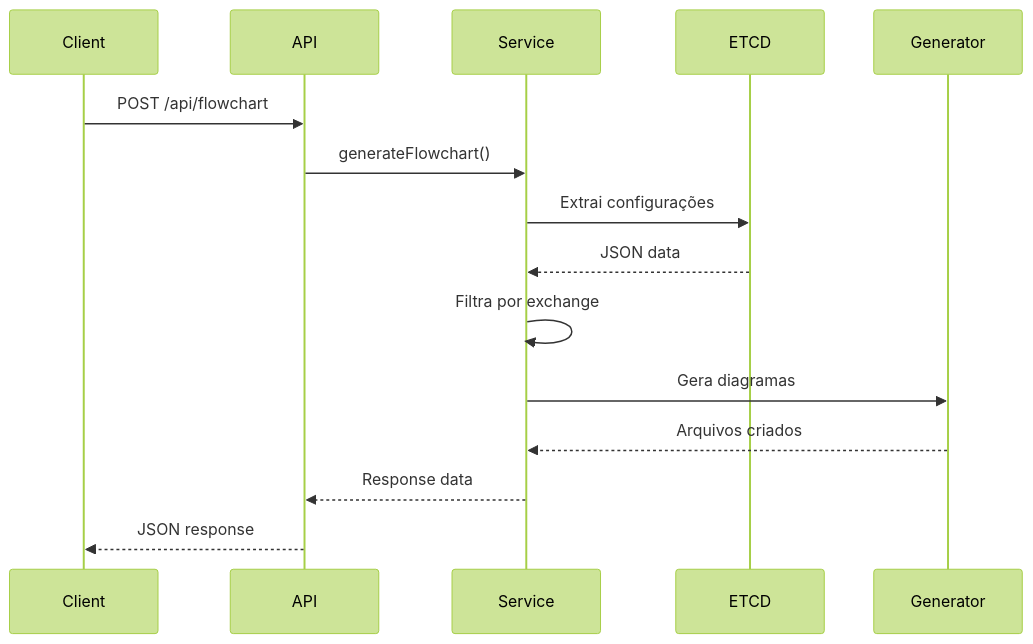
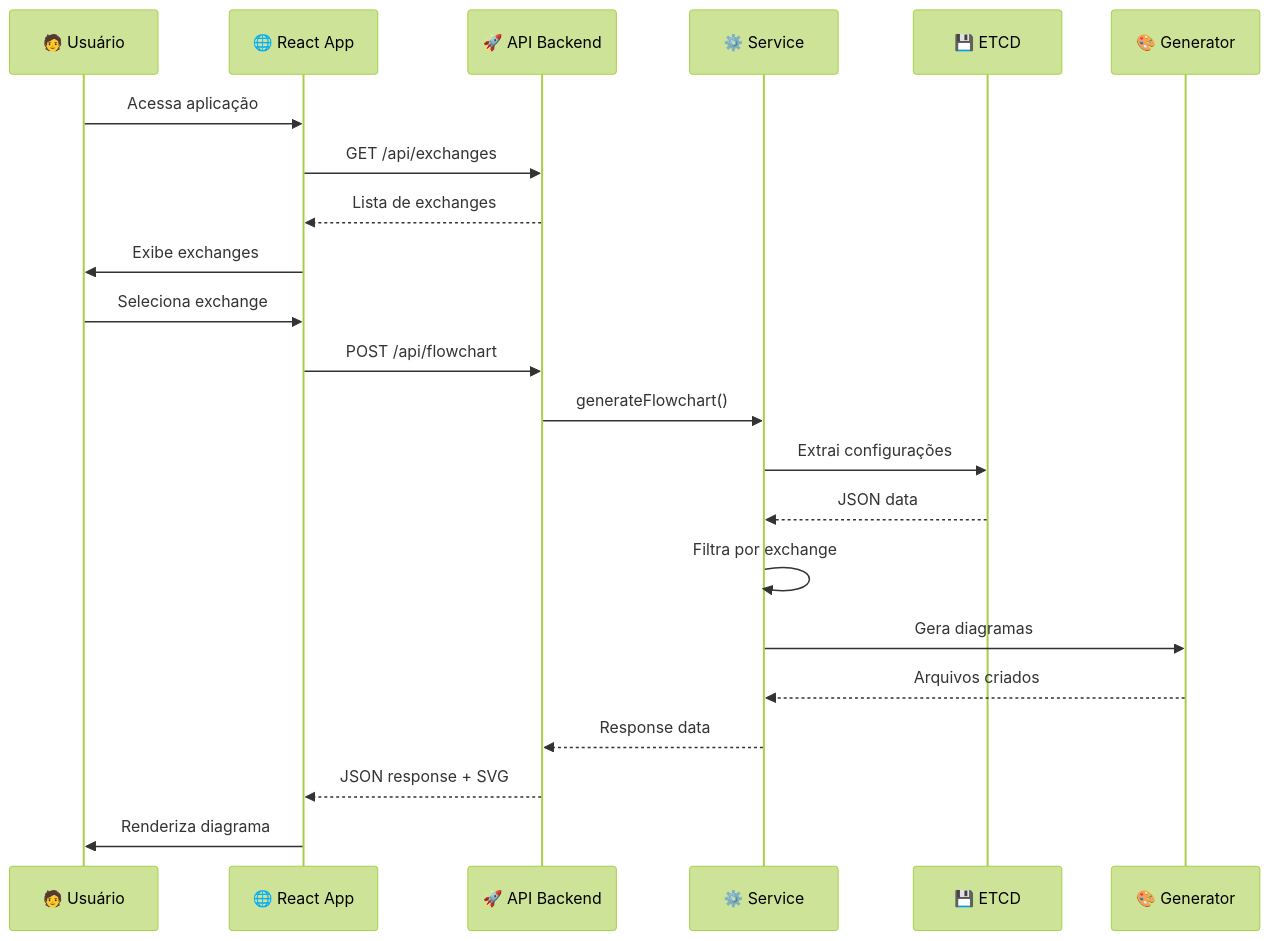
The second of 2 diagrams in README.md (chmenegatti/moirai-exchange-explorer), drawn with Mermaid (forest theme) before and after one commit. The commit also changed other lines of this file and 7 other files, not shown here.

````diff
--- a/README.md
+++ b/README.md
@@ -383,18 +452,26 @@
 ```mermaid
 sequenceDiagram
-    participant Client
-    participant API
-    participant Service
-    participant ETCD
-    participant Generator
+    participant User as 🧑 Usuário
+    participant Frontend as 🌐 React App
+    participant API as 🚀 API Backend
+    participant Service as ⚙️ Service
+    participant ETCD as 💾 ETCD
+    participant Generator as 🎨 Generator
 
-    Client->>API: POST /api/flowchart
+    User->>Frontend: Acessa aplicação
+    Frontend->>API: GET /api/exchanges
+    API-->>Frontend: Lista de exchanges
+    Frontend->>User: Exibe exchanges
+    
+    User->>Frontend: Seleciona exchange
+    Frontend->>API: POST /api/flowchart
     API->>Service: generateFlowchart()
     Service->>ETCD: Extrai configurações
     ETCD-->>Service: JSON data
     Service->>Service: Filtra por exchange
     Service->>Generator: Gera diagramas
     Generator-->>Service: Arquivos criados
     Service-->>API: Response data
-    API-->>Client: JSON response
+    API-->>Frontend: JSON response + SVG
+    Frontend->>User: Renderiza diagrama
 ```
````
